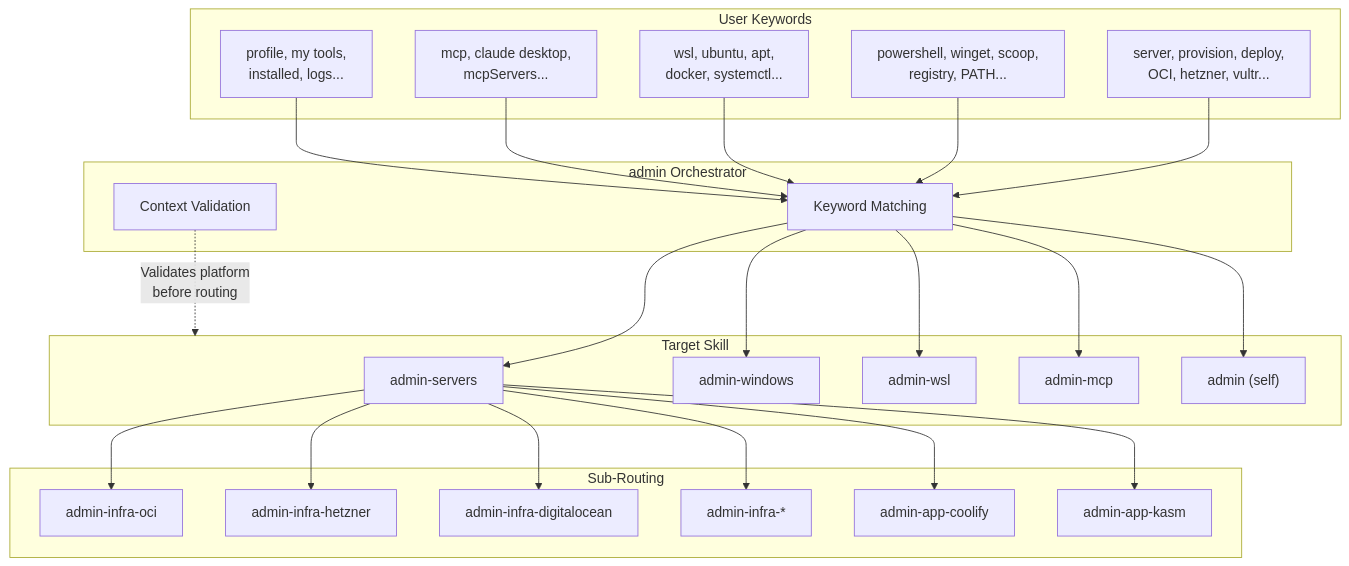
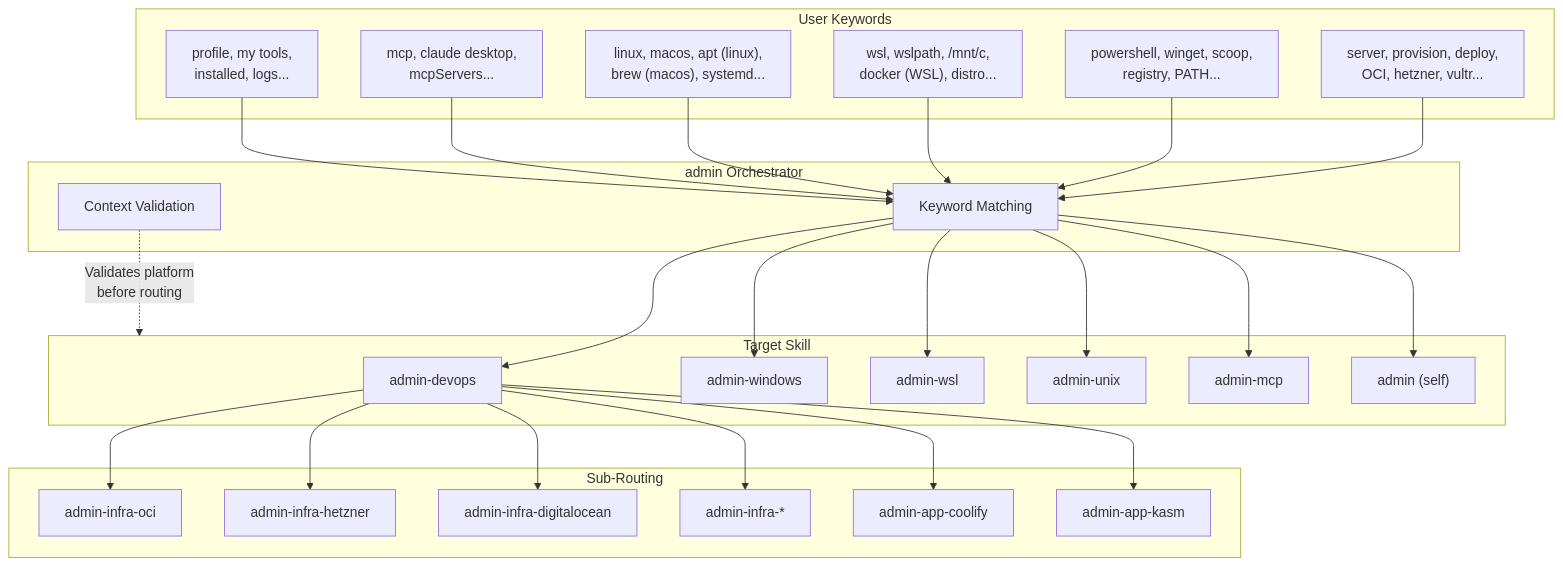
Before and after one commit to evolv3-ai/vibeskills: the fifth of 9 diagrams in docs/admin-skills-architecture.md, drawn with Mermaid. The commit also changed other lines of this file and 42 other files, not shown here.

Commit message:
rename admin-devops

````diff
--- a/docs/admin-skills-architecture.md
+++ b/docs/admin-skills-architecture.md
@@ -158,47 +161,50 @@
 ```mermaid
 flowchart TD
     subgraph Keywords["User Keywords"]
         K_SERVER["server, provision, deploy,<br>OCI, hetzner, vultr..."]
         K_WIN["powershell, winget, scoop,<br>registry, PATH..."]
-        K_WSL["wsl, ubuntu, apt,<br>docker, systemctl..."]
+        K_WSL["wsl, wslpath, /mnt/c,<br>docker (WSL), distro..."]
+        K_UNIX["linux, macos, apt (linux),<br>brew (macos), systemd..."]
         K_MCP["mcp, claude desktop,<br>mcpServers..."]
         K_PROFILE["profile, my tools,<br>installed, logs..."]
     end
 
     subgraph Router["admin Orchestrator"]
         MATCH["Keyword Matching"]
         CONTEXT["Context Validation"]
     end
 
     subgraph Skills["Target Skill"]
-        S_SERVERS["admin-servers"]
+        S_SERVERS["admin-devops"]
         S_WIN["admin-windows"]
         S_WSL["admin-wsl"]
+        S_UNIX["admin-unix"]
         S_MCP["admin-mcp"]
         S_SELF["admin (self)"]
     end
 
     subgraph SubRoute["Sub-Routing"]
         INFRA_OCI["admin-infra-oci"]
         INFRA_HETZ["admin-infra-hetzner"]
         INFRA_DO["admin-infra-digitalocean"]
         INFRA_OTHER["admin-infra-*"]
         APP_COOL["admin-app-coolify"]
         APP_KASM["admin-app-kasm"]
     end
 
     K_SERVER --> MATCH --> S_SERVERS
     K_WIN --> MATCH --> S_WIN
     K_WSL --> MATCH --> S_WSL
+    K_UNIX --> MATCH --> S_UNIX
     K_MCP --> MATCH --> S_MCP
     K_PROFILE --> MATCH --> S_SELF
 
     S_SERVERS --> INFRA_OCI
     S_SERVERS --> INFRA_HETZ
     S_SERVERS --> INFRA_DO
     S_SERVERS --> INFRA_OTHER
     S_SERVERS --> APP_COOL
     S_SERVERS --> APP_KASM
 
     CONTEXT -.->|"Validates platform<br>before routing"| Skills
 ```
````
